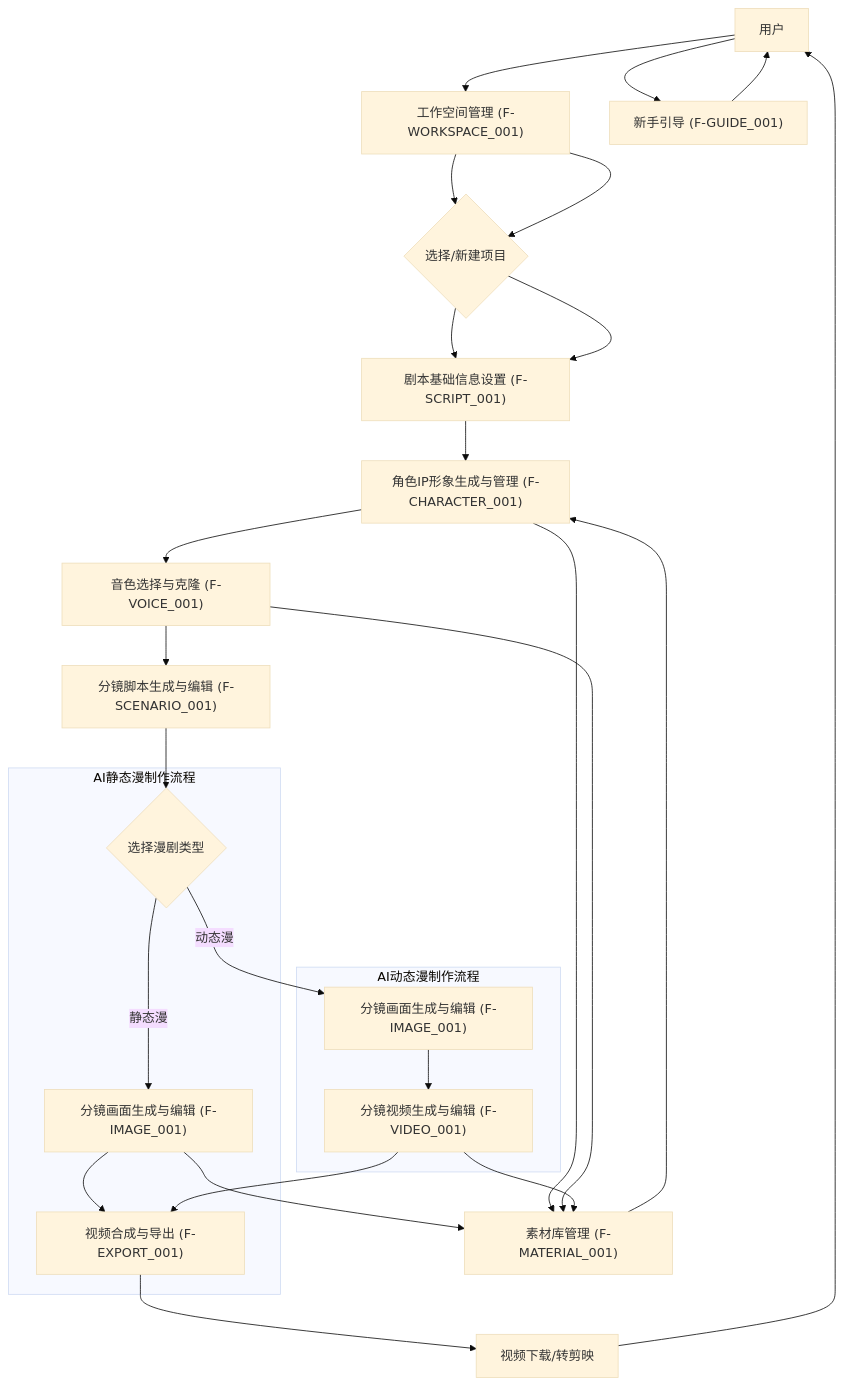
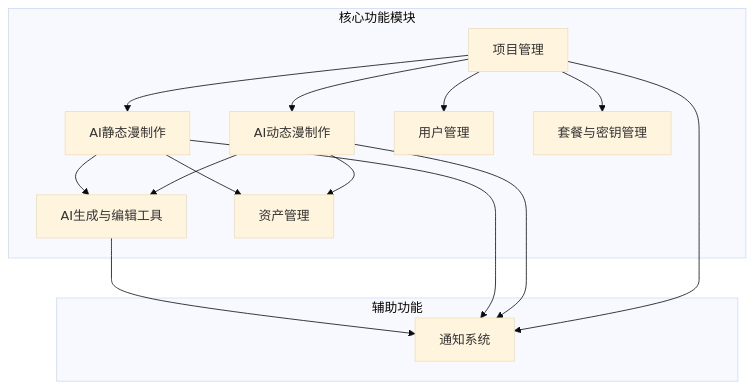
Before and after one commit to shikanon/AFADC: the first of 4 diagrams in prd.md, drawn with Mermaid (base theme). The commit also changed other lines of this file and 43 other files, not shown here.

````diff
--- a/prd.md
+++ b/prd.md
@@ -174,35 +147,22 @@
 ```mermaid
 graph TD
-    A["用户"] --> B["工作空间管理 (F-WORKSPACE_001)"]
-    B --> C{"选择/创建工作空间"}
-    C --> D["项目管理 (F-PROJECT_001)"]
-    B --> C{"选择/新建项目"}
-    C --> D["剧本基础信息设置 (F-SCRIPT_001)"]
-    D --> E["角色IP形象生成与管理 (F-CHARACTER_001)"]
-    E --> F["音色选择与克隆 (F-VOICE_001)"]
-    F --> G["分镜脚本生成与编辑 (F-SCENARIO_001)"]
-    G --> H{"选择漫剧类型"}
-
-    subgraph "AI静态漫制作流程"
-        H -- "静态漫" --> I["分镜画面生成与编辑 (F-IMAGE_001)"]
-        I --> J["视频合成与导出 (F-EXPORT_001)"]
+    subgraph "核心功能模块"
+        A["项目管理"] --> B["AI静态漫制作"]
+        A --> C["AI动态漫制作"]
+        B --> D["AI生成与编辑工具"]
+        C --> D
+    B --> E["资产管理"]
+    C --> E
+        A --> F["用户管理"]
+        A --> G["套餐与密钥管理"]
     end
 
-    subgraph "AI动态漫制作流程"
-        H -- "动态漫" --> K["分镜画面生成与编辑 (F-IMAGE_001)"]
-        K --> L["分镜视频生成与编辑 (F-VIDEO_001)"]
-        L --> J
+    subgraph "辅助功能"
+        H["通知系统"]
     end
 
-    J --> M["视频下载/转剪映"]
-    M --> A
-
-    E --> N["素材库管理 (F-MATERIAL_001)"]
-    N --> E
-    F --> N
-    I --> N
-    L --> N
-
-    A --> O["新手引导 (F-GUIDE_001)"]
-    O --> A
+    D --> H
+    B --> H
+    C --> H
+    A --> H
 ```
````
